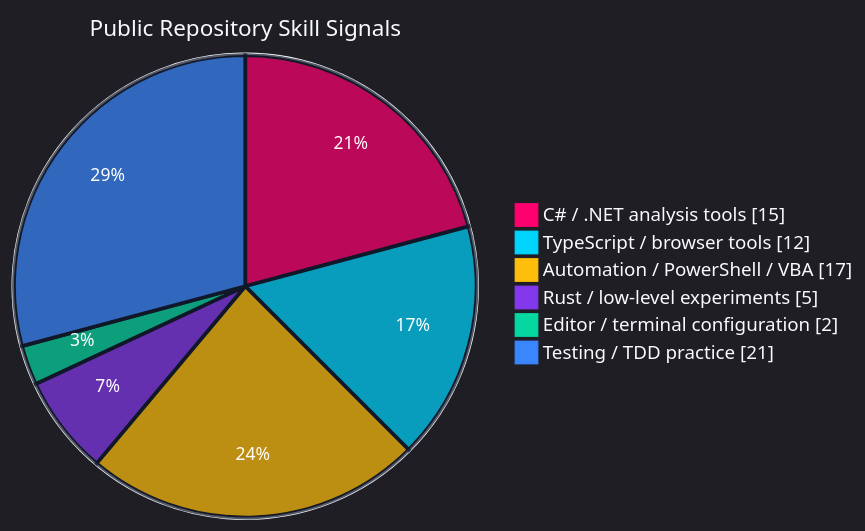
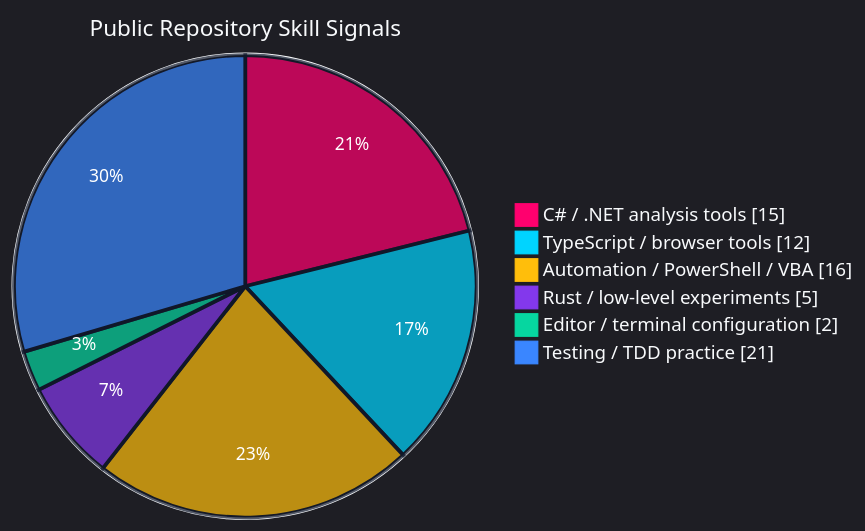
Before and after one commit to SSsan-00/SSsan-00: the first of 4 diagrams in README.md, drawn with Mermaid. The commit also changed other lines of this file and 2 other files, not shown here.

````diff
--- a/README.md
+++ b/README.md
@@ -44,11 +44,11 @@
 ```mermaid
 %%{init: {"theme":"dark","themeVariables":{"background":"#0f172a","mainBkg":"#0f172a","textColor":"#f8fafc","primaryTextColor":"#f8fafc","pieStrokeColor":"#0f172a","pieStrokeWidth":"3px","pieOuterStrokeColor":"#f8fafc","pieOuterStrokeWidth":"2px","pieTitleTextColor":"#f8fafc","pieTitleTextSize":"18px","pieLegendTextColor":"#f8fafc","pieLegendTextSize":"15px","pieSectionTextColor":"#ffffff","pieSectionTextSize":"14px","pie1":"#ff006e","pie2":"#00d4ff","pie3":"#ffbe0b","pie4":"#8338ec","pie5":"#06d6a0","pie6":"#3a86ff"}}}%%
 pie showData
   title Public Repository Skill Signals
   "C# / .NET analysis tools" : 15
   "TypeScript / browser tools" : 12
-  "Automation / PowerShell / VBA" : 17
+  "Automation / PowerShell / VBA" : 16
   "Rust / low-level experiments" : 5
   "Editor / terminal configuration" : 2
   "Testing / TDD practice" : 21
 ```
````
